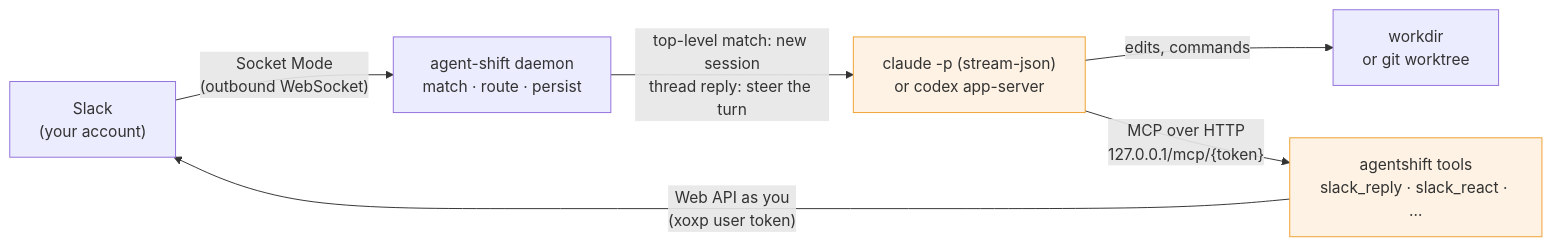
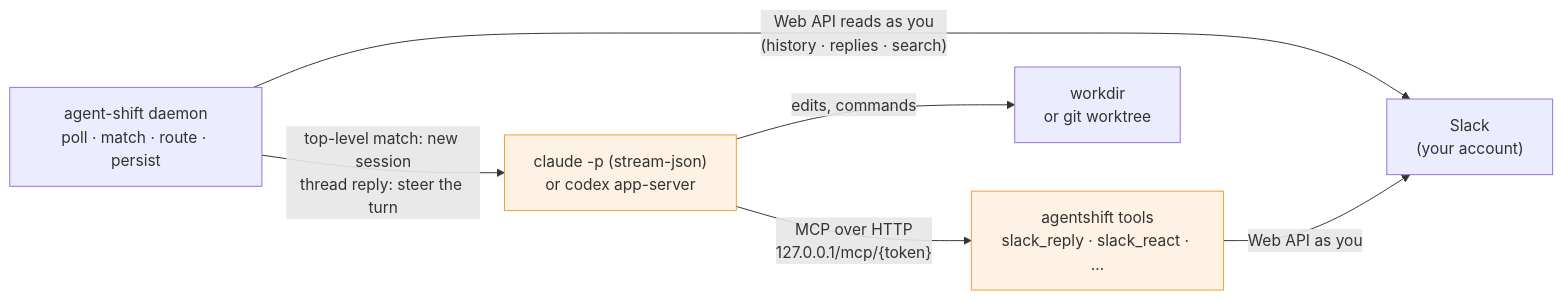
The diagram in README.md (daffirds/agent-shift), drawn with Mermaid before and after one commit. The commit also changed other lines of this file and 1 other file, not shown here.

````diff
--- a/README.md
+++ b/README.md
@@ -92,11 +94,11 @@
 ```mermaid
 flowchart LR
-    slack["Slack<br/>(your account)"] -- "Socket Mode<br/>(outbound WebSocket)" --> daemon["agent-shift daemon<br/>match · route · persist"]
+    daemon["agent-shift daemon<br/>poll · match · route · persist"] -- "Web API reads as you<br/>(history · replies · search)" --> slack["Slack<br/>(your account)"]
     daemon -- "top-level match: new session<br/>thread reply: steer the turn" --> cli["claude -p (stream-json)<br/>or codex app-server"]
     cli -- "edits, commands" --> repo["workdir<br/>or git worktree"]
     cli -- "MCP over HTTP<br/>127.0.0.1/mcp/{token}" --> tools["agentshift tools<br/>slack_reply · slack_react · …"]
-    tools -- "Web API as you<br/>(xoxp user token)" --> slack
+    tools -- "Web API as you" --> slack
 
     classDef asyou fill:#f0a03022,stroke:#f0a030
     class cli,tools asyou
 ```
````
